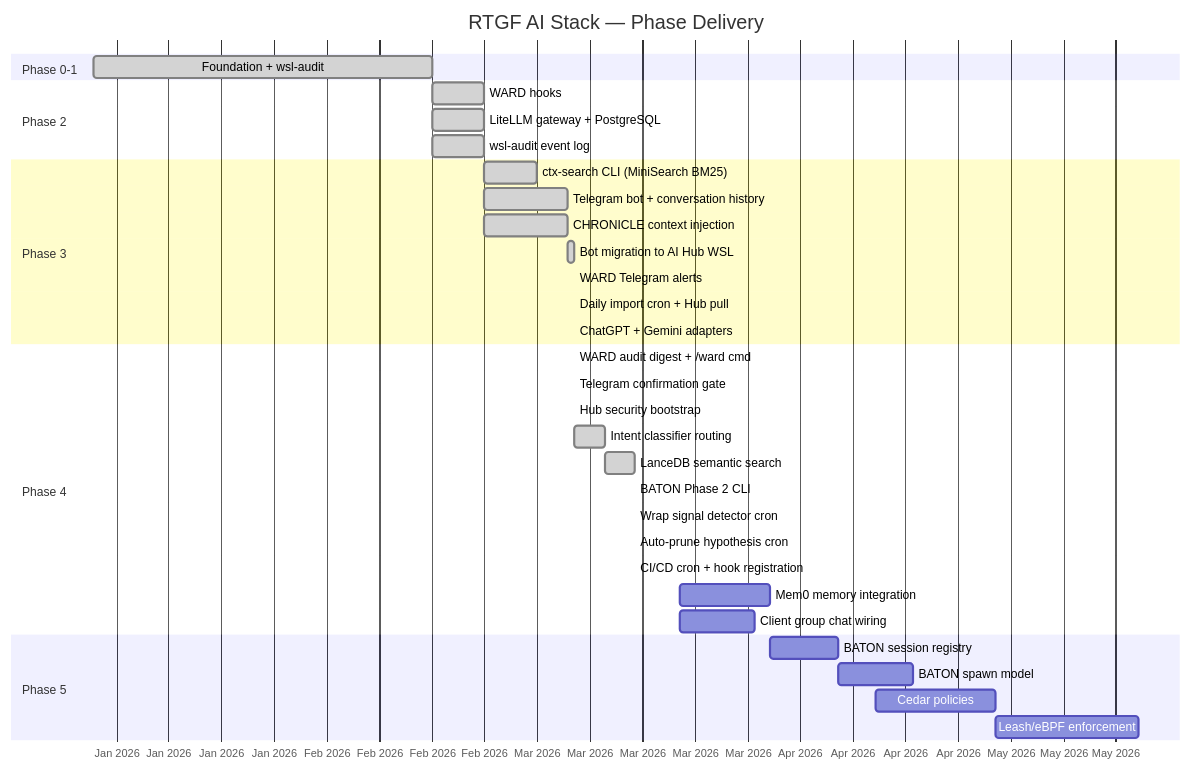
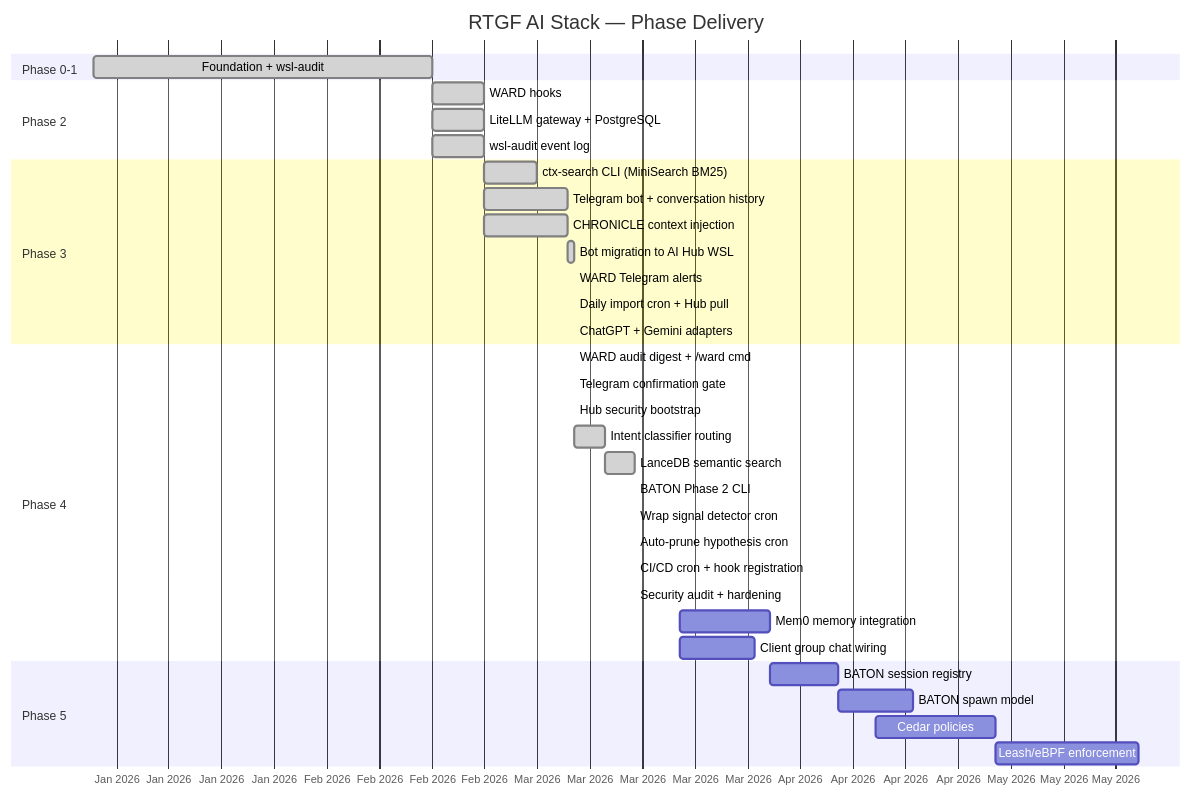
Before and after one commit to INTenX/rtgf-ai-stack: the diagram in docs/development/roadmap.md, drawn with Mermaid. The commit also changed other lines of this file and 3 other files, not shown here.

First line of the commit message:
docs: update security + roadmap for 2026-03-14 audit + hardening

````diff
--- a/docs/development/roadmap.md
+++ b/docs/development/roadmap.md
@@ -5,42 +5,43 @@
 ```mermaid
 gantt
     title RTGF AI Stack — Phase Delivery
     dateFormat YYYY-MM-DD
     axisFormat %b %Y
 
     section Phase 0-1
     Foundation + wsl-audit         :done, p1, 2026-01-01, 2026-02-15
 
     section Phase 2
     WARD hooks                     :done, p2a, 2026-02-15, 2026-02-22
     LiteLLM gateway + PostgreSQL   :done, p2b, 2026-02-15, 2026-02-22
     wsl-audit event log            :done, p2c, 2026-02-15, 2026-02-22
 
     section Phase 3
     ctx-search CLI (MiniSearch BM25) :done, p3a, 2026-02-22, 2026-03-01
     Telegram bot + conversation history :done, p3b, 2026-02-22, 2026-03-05
     CHRONICLE context injection     :done, p3c, 2026-02-22, 2026-03-05
     Bot migration to AI Hub WSL    :done, p3d, 2026-03-05, 2026-03-06
     WARD Telegram alerts           :done, p3e, 2026-03-06, 2026-03-06
     Daily import cron + Hub pull   :done, p3f, 2026-03-06, 2026-03-06
     ChatGPT + Gemini adapters      :done, p3g, 2026-03-06, 2026-03-06
 
     section Phase 4
     WARD audit digest + /ward cmd  :done, p4a, 2026-03-06, 2026-03-06
     Telegram confirmation gate     :done, p4b, 2026-03-06, 2026-03-06
     Hub security bootstrap         :done, p4c, 2026-03-06, 2026-03-06
     Intent classifier routing      :done, p4d, 2026-03-06, 2026-03-10
     LanceDB semantic search        :done, p4e, 2026-03-10, 2026-03-14
     BATON Phase 2 CLI              :done, p4f, 2026-03-14, 2026-03-14
     Wrap signal detector cron      :done, p4g, 2026-03-14, 2026-03-14
     Auto-prune hypothesis cron     :done, p4h, 2026-03-14, 2026-03-14
     CI/CD cron + hook registration :done, p4i, 2026-03-14, 2026-03-14
-    Mem0 memory integration        :p4j, 2026-03-20, 2026-04-01
-    Client group chat wiring       :p4k, 2026-03-20, 2026-03-30
+    Security audit + hardening     :done, p4j, 2026-03-14, 2026-03-14
+    Mem0 memory integration        :p4k, 2026-03-20, 2026-04-01
+    Client group chat wiring       :p4l, 2026-03-20, 2026-03-30
 
     section Phase 5
     BATON session registry         :p5a, 2026-04-01, 2026-04-10
     BATON spawn model              :p5b, 2026-04-10, 2026-04-20
     Cedar policies                 :p5c, 2026-04-15, 2026-05-01
     Leash/eBPF enforcement         :p5d, 2026-05-01, 2026-05-20
 ```
````
